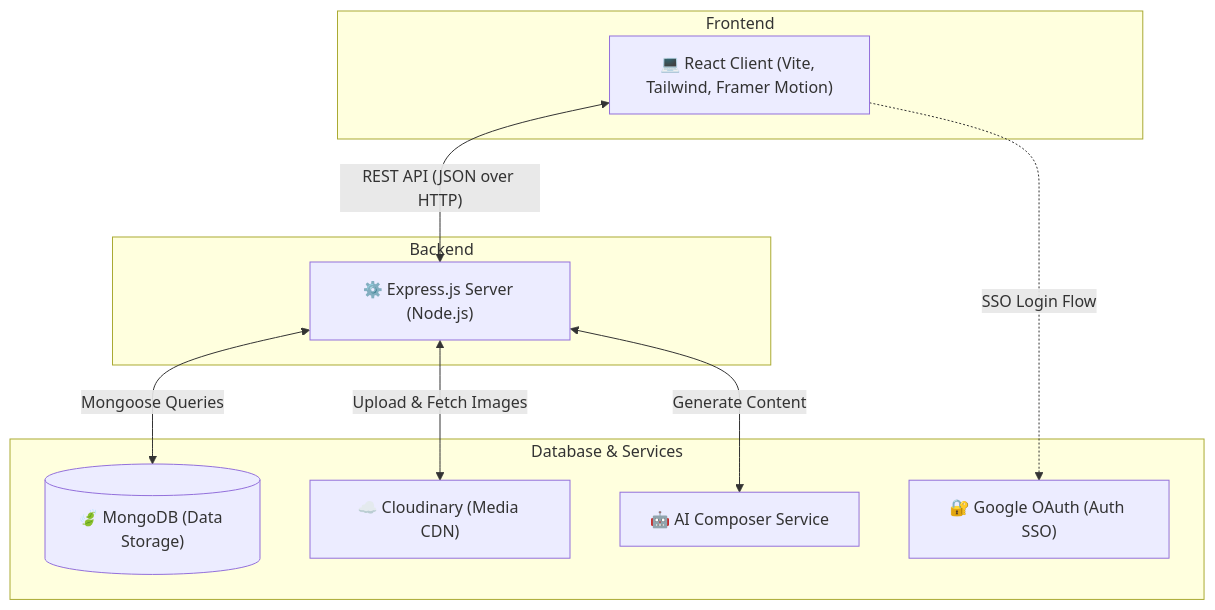
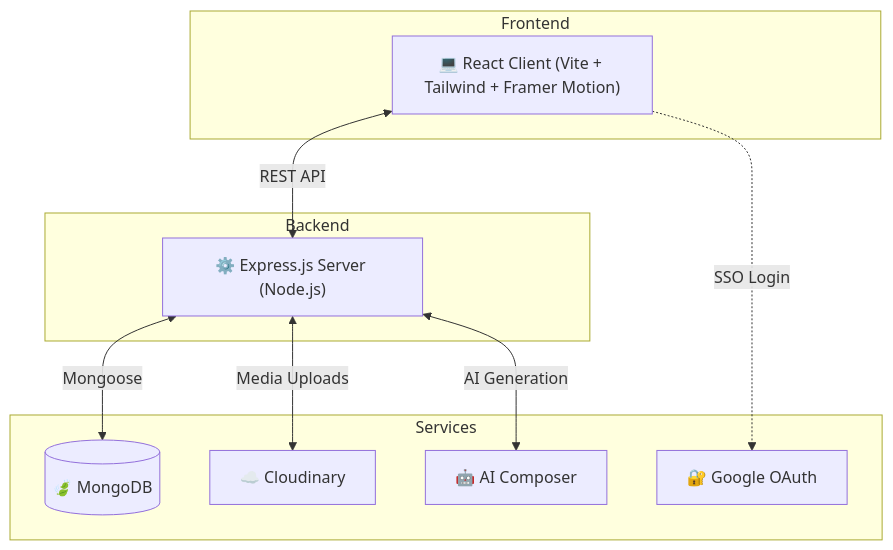
The diagram in README.md (Aadityaanand2002/Social-Scheduler), drawn with Mermaid before and after one commit. The commit also changed other lines of this file, not shown here.

````diff
--- a/README.md
+++ b/README.md
@@ -46,23 +64,23 @@
 ```mermaid
 graph TD
     subgraph Frontend
-        Client["💻 React Client (Vite, Tailwind, Framer Motion)"]
+        Client["💻 React Client (Vite + Tailwind + Framer Motion)"]
     end
 
     subgraph Backend
         API["⚙️ Express.js Server (Node.js)"]
     end
 
-    subgraph Database & Services
-        DB[("🍃 MongoDB (Data Storage)")]
-        Auth["🔐 Google OAuth (Auth SSO)"]
-        CDN["☁️ Cloudinary (Media CDN)"]
-        AI["🤖 AI Composer Service"]
+    subgraph Services
+        DB[("🍃 MongoDB")]
+        Auth["🔐 Google OAuth"]
+        CDN["☁️ Cloudinary"]
+        AI["🤖 AI Composer"]
     end
 
-    Client <-->|"REST API (JSON over HTTP)"| API
-    Client -.->|"SSO Login Flow"| Auth
-    API <-->|"Mongoose Queries"| DB
-    API <-->|"Upload & Fetch Images"| CDN
-    API <-->|"Generate Content"| AI
+    Client <-->|"REST API"| API
+    Client -.->|"SSO Login"| Auth
+    API <-->|"Mongoose"| DB
+    API <-->|"Media Uploads"| CDN
+    API <-->|"AI Generation"| AI
 ```
````
